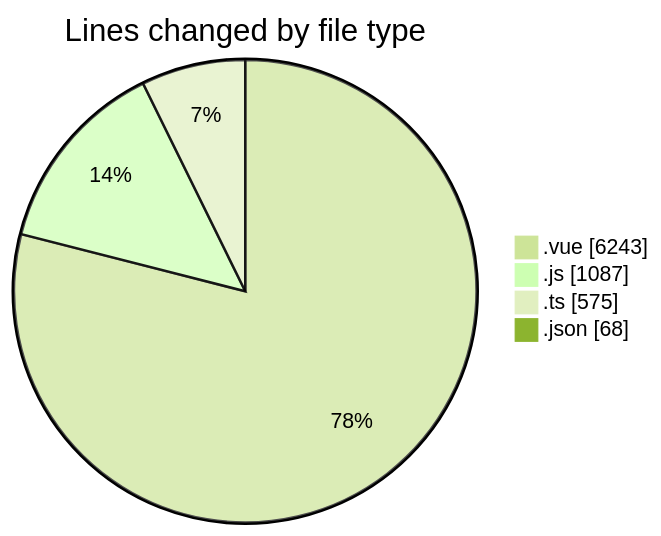
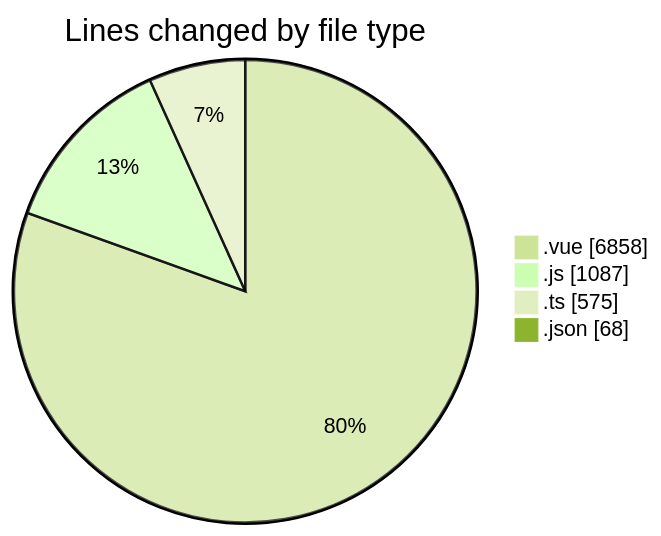
Before and after one commit to lephambinh05/code-tracking: the first of 2 diagrams in 2025-08-12/rentotp/README.md, drawn with Mermaid (forest theme). The commit also changed other lines of this file and 1 other file, not shown here.

````diff
--- a/2025-08-12/rentotp/README.md
+++ b/2025-08-12/rentotp/README.md
@@ -42,8 +43,8 @@
 ```mermaid
 pie showData
 title Lines changed by file type
-".vue" : 6243
+".vue" : 6858
 ".js" : 1087
 ".ts" : 575
 ".json" : 68
 ```
````
